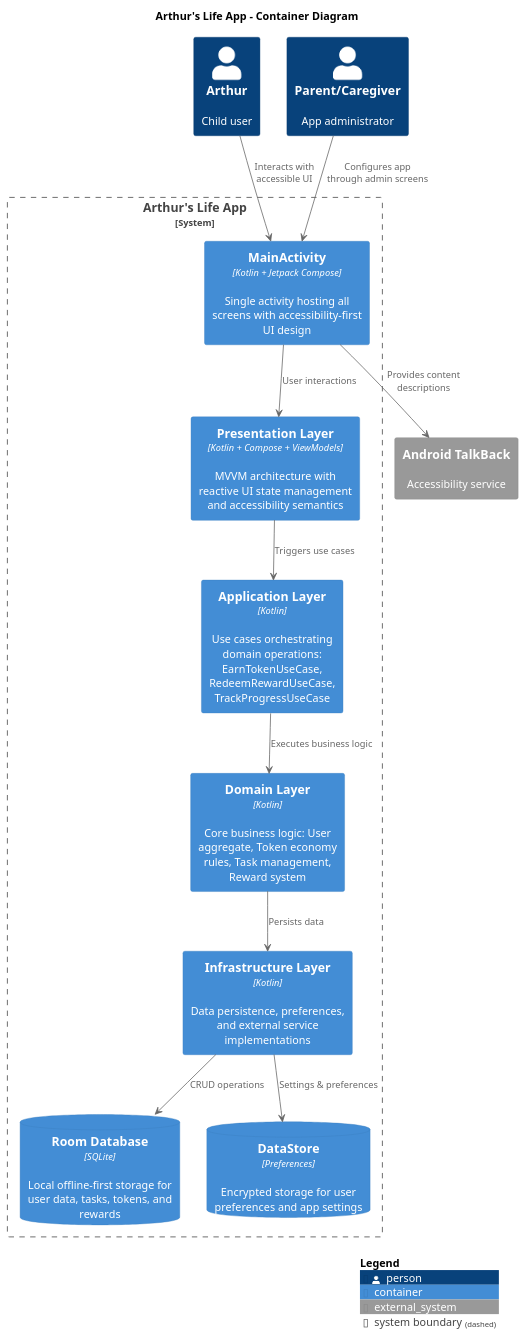
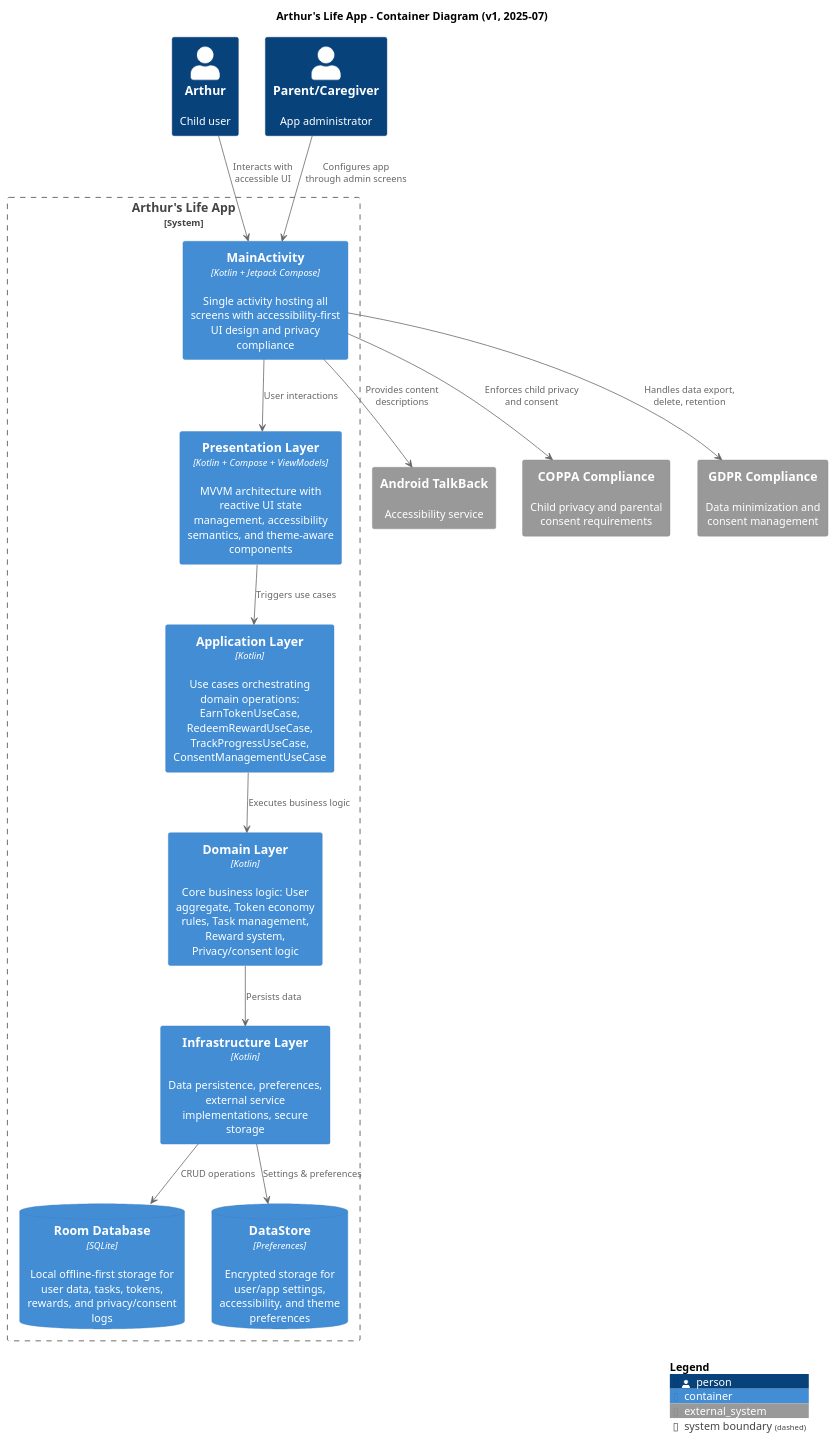
One commit to almeidaraphael/arthurs-life-app changed the diagram in docs/diagrams/c4-container.puml. Above: the diagram before and after it, drawn with PlantUML. The commit also changed 134 other files, not shown here.

```diff
--- a/docs/diagrams/c4-container.puml
+++ b/docs/diagrams/c4-container.puml
@@ -1,40 +1,37 @@
 @startuml c4-container
 !includeurl https://raw.githubusercontent.com/plantuml-stdlib/C4-PlantUML/master/C4_Container.puml
 
 LAYOUT_WITH_LEGEND()
 
-title Arthur's Life App - Container Diagram
+title Arthur's Life App - Container Diagram (v1, 2025-07)
 
 Person(arthur, "Arthur", "Child user")
 Person(parent, "Parent/Caregiver", "App administrator")
 System_Ext(talkback, "Android TalkBack", "Accessibility service")
+System_Ext(coppa, "COPPA Compliance", "Child privacy and parental consent requirements")
+System_Ext(gdpr, "GDPR Compliance", "Data minimization and consent management")
 
 System_Boundary(arthurslife, "Arthur's Life App") {
-  Container(mainactivity, "MainActivity", "Kotlin + Jetpack Compose", "Single activity hosting all screens with accessibility-first UI design")
-  
-  Container(presentation, "Presentation Layer", "Kotlin + Compose + ViewModels", "MVVM architecture with reactive UI state management and accessibility semantics")
-  
-  Container(application, "Application Layer", "Kotlin", "Use cases orchestrating domain operations: EarnTokenUseCase, RedeemRewardUseCase, TrackProgressUseCase")
-  
-  Container(domain, "Domain Layer", "Kotlin", "Core business logic: User aggregate, Token economy rules, Task management, Reward system")
-  
-  Container(infrastructure, "Infrastructure Layer", "Kotlin", "Data persistence, preferences, and external service implementations")
-  
-  ContainerDb(roomdb, "Room Database", "SQLite", "Local offline-first storage for user data, tasks, tokens, and rewards")
-  
-  ContainerDb(datastore, "DataStore", "Preferences", "Encrypted storage for user preferences and app settings")
+  Container(mainactivity, "MainActivity", "Kotlin + Jetpack Compose", "Single activity hosting all screens with accessibility-first UI design and privacy compliance")
+  Container(presentation, "Presentation Layer", "Kotlin + Compose + ViewModels", "MVVM architecture with reactive UI state management, accessibility semantics, and theme-aware components")
+  Container(application, "Application Layer", "Kotlin", "Use cases orchestrating domain operations: EarnTokenUseCase, RedeemRewardUseCase, TrackProgressUseCase, ConsentManagementUseCase")
+  Container(domain, "Domain Layer", "Kotlin", "Core business logic: User aggregate, Token economy rules, Task management, Reward system, Privacy/consent logic")
+  Container(infrastructure, "Infrastructure Layer", "Kotlin", "Data persistence, preferences, external service implementations, secure storage")
+  ContainerDb(roomdb, "Room Database", "SQLite", "Local offline-first storage for user data, tasks, tokens, rewards, and privacy/consent logs")
+  ContainerDb(datastore, "DataStore", "Preferences", "Encrypted storage for user/app settings, accessibility, and theme preferences")
 }
 
 arthur --> mainactivity : "Interacts with\naccessible UI"
 parent --> mainactivity : "Configures app\nthrough admin screens"
 mainactivity --> talkback : "Provides content\ndescriptions"
-
+mainactivity --> coppa : "Enforces child privacy\nand consent"
+mainactivity --> gdpr : "Handles data export,\ndelete, retention"
 mainactivity --> presentation : "User interactions"
 presentation --> application : "Triggers use cases"
 application --> domain : "Executes business logic"
 domain --> infrastructure : "Persists data"
 infrastructure --> roomdb : "CRUD operations"
 infrastructure --> datastore : "Settings & preferences"
 
 SHOW_LEGEND()
 @enduml
```
